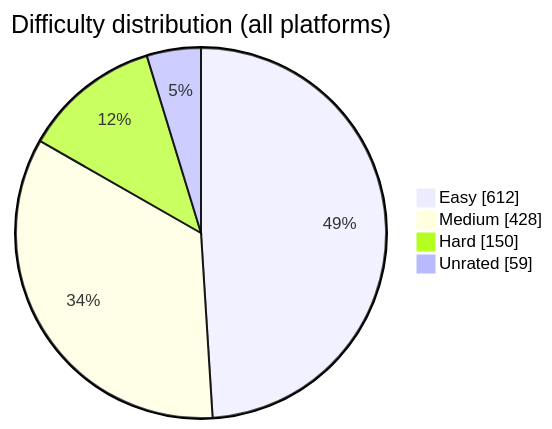
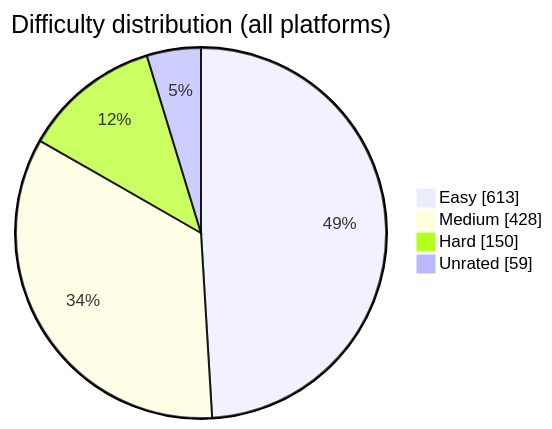
The diagram in README.md (BuildbyArindam/Daily-Coding-Log), drawn with Mermaid before and after one commit. The commit also changed other lines of this file, not shown here.

````diff
--- a/README.md
+++ b/README.md
@@ -93,7 +93,7 @@
 ```mermaid
 pie showData title Difficulty distribution (all platforms)
-    "Easy" : 612
+    "Easy" : 613
     "Medium" : 428
     "Hard" : 150
     "Unrated" : 59
 ```
````
